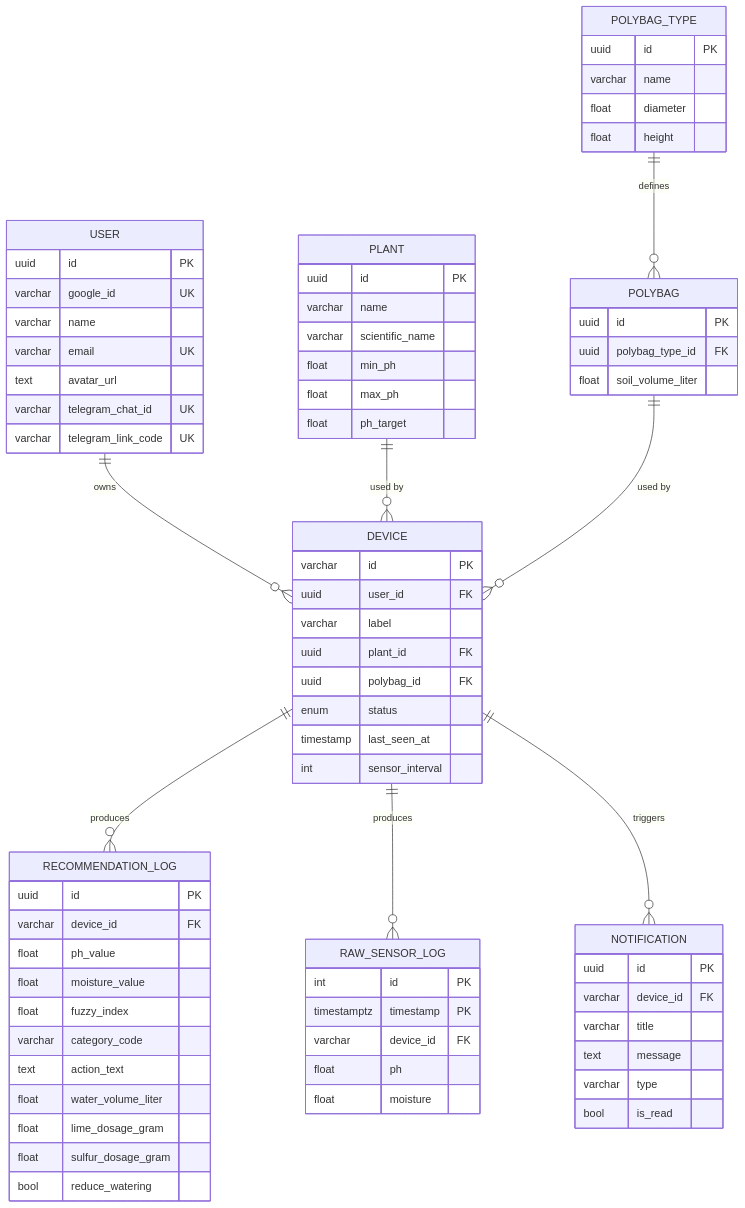
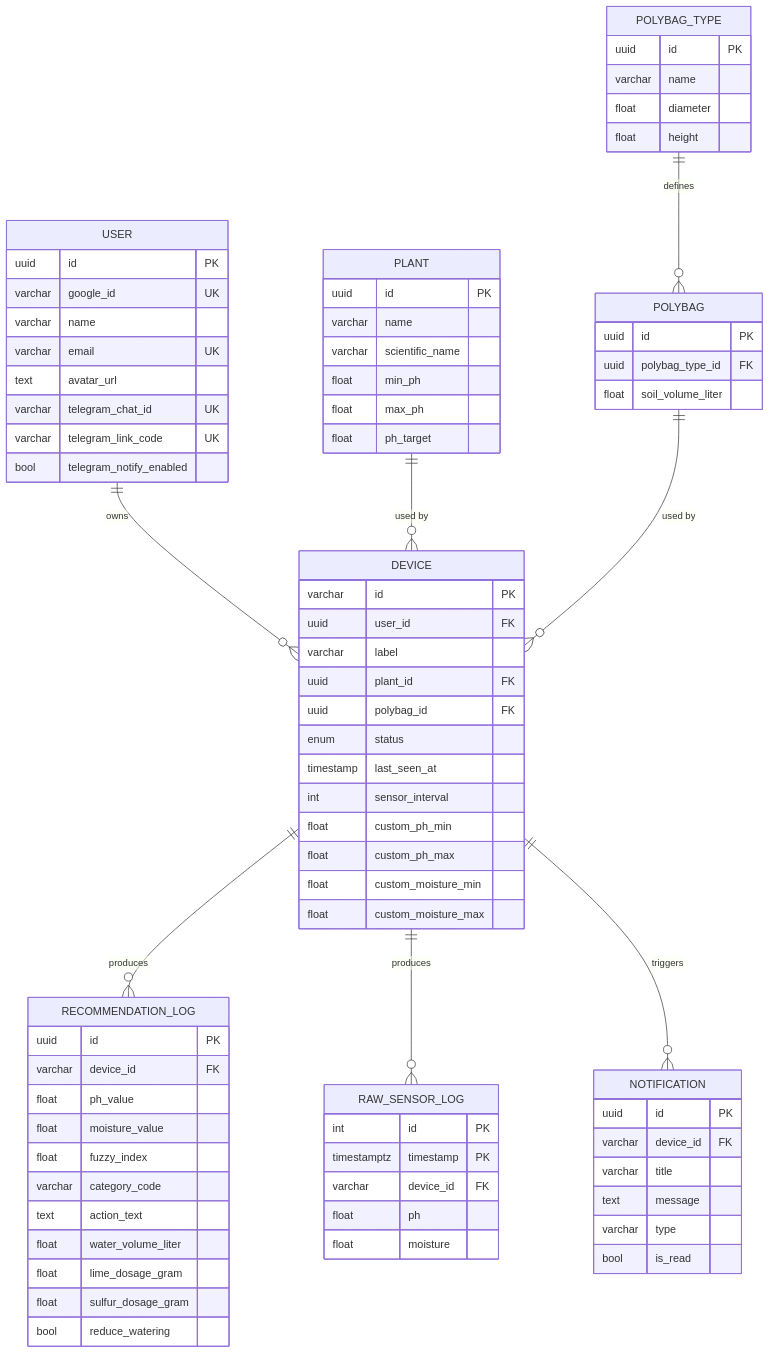
The diagram in docs/architecture/database-schema.md (Capstone2026-E04/Subur.in), drawn with Mermaid before and after one commit. The commit also changed other lines of this file and 41 other files, not shown here.

````diff
--- a/docs/architecture/database-schema.md
+++ b/docs/architecture/database-schema.md
@@ -20,77 +20,82 @@
 ```mermaid
 erDiagram
     USER ||--o{ DEVICE : owns
     PLANT ||--o{ DEVICE : "used by"
     POLYBAG ||--o{ DEVICE : "used by"
     POLYBAG_TYPE ||--o{ POLYBAG : defines
     DEVICE ||--o{ RECOMMENDATION_LOG : produces
     DEVICE ||--o{ RAW_SENSOR_LOG : produces
     DEVICE ||--o{ NOTIFICATION : triggers
 
     USER {
         uuid id PK
         varchar google_id UK
         varchar name
         varchar email UK
         text avatar_url
         varchar telegram_chat_id UK
         varchar telegram_link_code UK
+        bool telegram_notify_enabled
     }
     DEVICE {
         varchar id PK
         uuid user_id FK
         varchar label
         uuid plant_id FK
         uuid polybag_id FK
         enum status
         timestamp last_seen_at
         int sensor_interval
+        float custom_ph_min
+        float custom_ph_max
+        float custom_moisture_min
+        float custom_moisture_max
     }
     PLANT {
         uuid id PK
         varchar name
         varchar scientific_name
         float min_ph
         float max_ph
         float ph_target
     }
     POLYBAG_TYPE {
         uuid id PK
         varchar name
         float diameter
         float height
     }
     POLYBAG {
         uuid id PK
         uuid polybag_type_id FK
         float soil_volume_liter
     }
     RECOMMENDATION_LOG {
         uuid id PK
         varchar device_id FK
         float ph_value
         float moisture_value
         float fuzzy_index
         varchar category_code
         text action_text
         float water_volume_liter
         float lime_dosage_gram
         float sulfur_dosage_gram
         bool reduce_watering
     }
     RAW_SENSOR_LOG {
         int id PK
         timestamptz timestamp PK
         varchar device_id FK
         float ph
         float moisture
     }
     NOTIFICATION {
         uuid id PK
         varchar device_id FK
         varchar title
         text message
         varchar type
         bool is_read
     }
 ```
````
